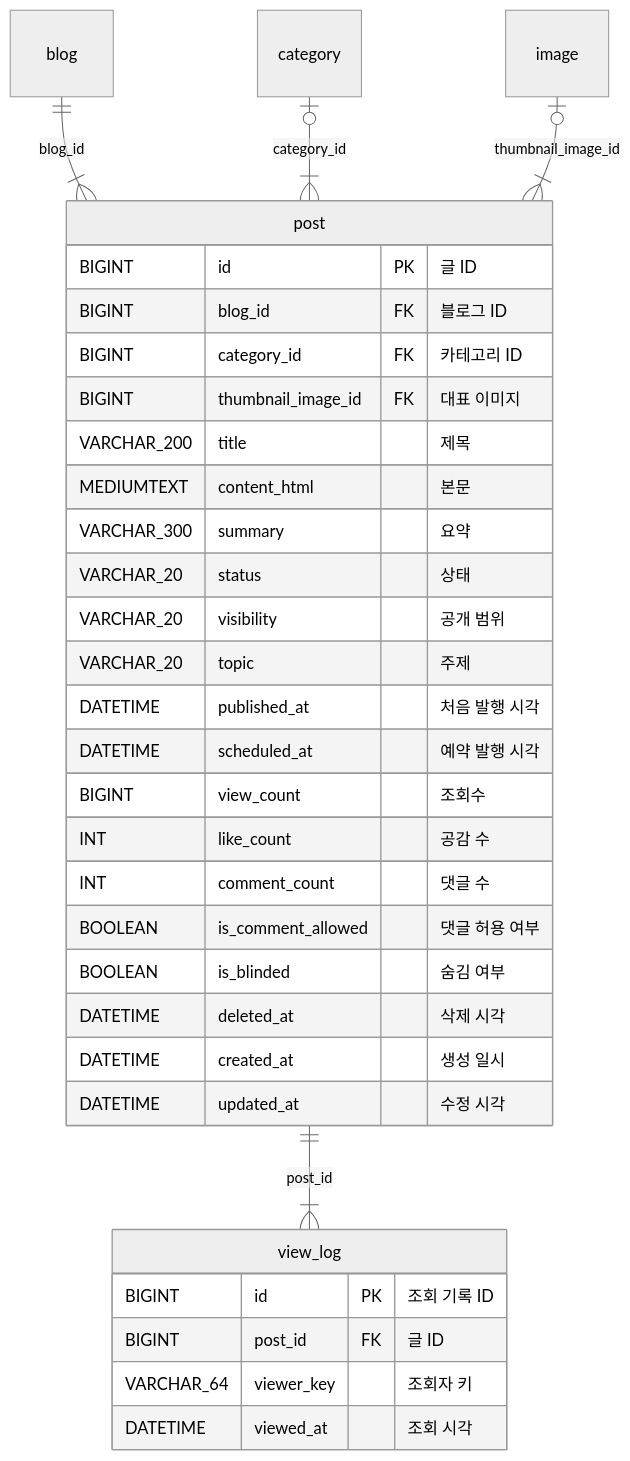
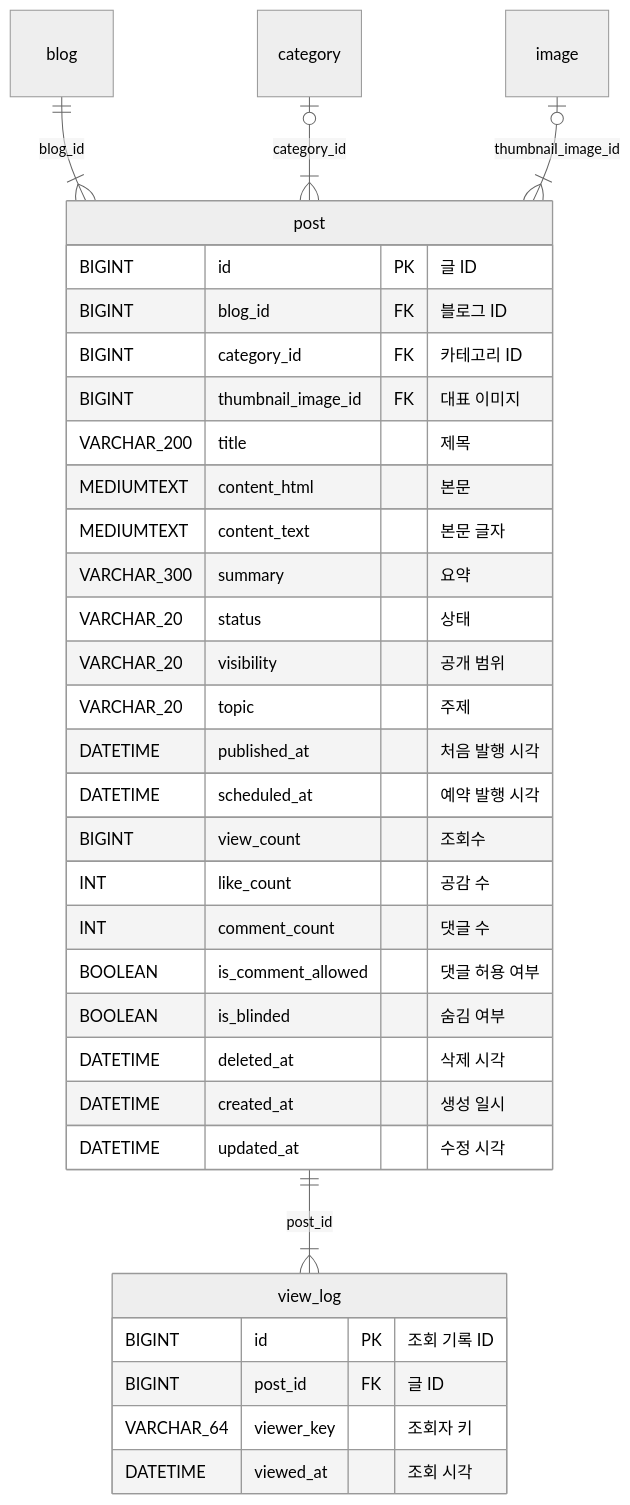
The fourth of 7 diagrams in specs/001-tistory-blog/erd/README.md (blog-hjiwon203/blog-docs), drawn with Mermaid (neutral theme) before and after one commit. The commit also changed other lines of this file and 3 other files, not shown here.

Commit message:
docs: post.content_text 추가(ERD 버전 79, 블로그 안 검색 R-16), 이미지 처리 방식(R-15) — 지원 결정

````diff
--- a/specs/001-tistory-blog/erd/README.md
+++ b/specs/001-tistory-blog/erd/README.md
@@ -418,35 +418,36 @@
 ```mermaid
 erDiagram
     post {
         BIGINT id PK "글 ID"
         BIGINT blog_id FK "블로그 ID"
         BIGINT category_id FK "카테고리 ID"
         BIGINT thumbnail_image_id FK "대표 이미지"
         VARCHAR_200 title "제목"
         MEDIUMTEXT content_html "본문"
+        MEDIUMTEXT content_text "본문 글자"
         VARCHAR_300 summary "요약"
         VARCHAR_20 status "상태"
         VARCHAR_20 visibility "공개 범위"
         VARCHAR_20 topic "주제"
         DATETIME published_at "처음 발행 시각"
         DATETIME scheduled_at "예약 발행 시각"
         BIGINT view_count "조회수"
         INT like_count "공감 수"
         INT comment_count "댓글 수"
         BOOLEAN is_comment_allowed "댓글 허용 여부"
         BOOLEAN is_blinded "숨김 여부"
         DATETIME deleted_at "삭제 시각"
         DATETIME created_at "생성 일시"
         DATETIME updated_at "수정 시각"
     }
     view_log {
         BIGINT id PK "조회 기록 ID"
         BIGINT post_id FK "글 ID"
         VARCHAR_64 viewer_key "조회자 키"
         DATETIME viewed_at "조회 시각"
     }
     blog ||--|{ post : "blog_id"
     category |o--|{ post : "category_id"
     image |o--|{ post : "thumbnail_image_id"
     post ||--|{ view_log : "post_id"
 ```
````
